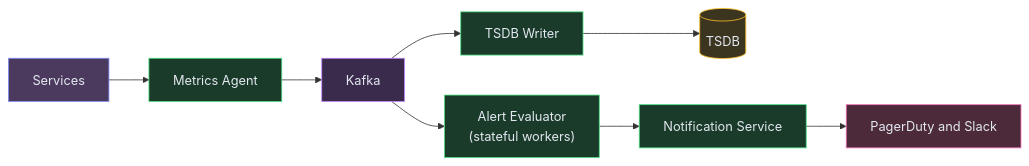
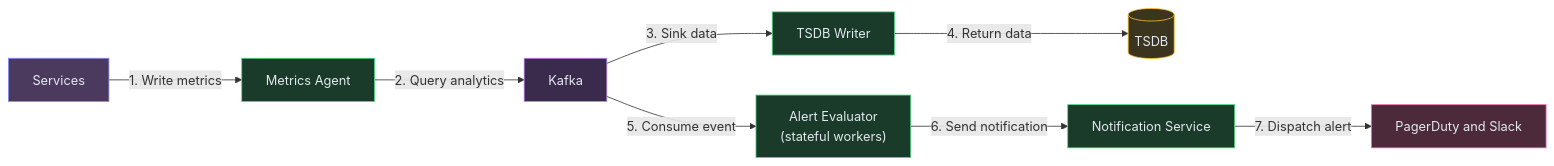
Before and after one commit to iluzn/HLD-Designs: the fourth of 7 diagrams in content/hld/MetricsMonitoring.md, drawn with Mermaid. The commit also changed other lines of this file and 27 other files, not shown here.

````diff
--- a/content/hld/MetricsMonitoring.md
+++ b/content/hld/MetricsMonitoring.md
@@ -261,25 +261,25 @@
 ```mermaid
 flowchart LR
     APPS["Services"]:::client
     AGENT["Metrics Agent"]:::service
     KAFKA["Kafka"]:::async
     WRITER["TSDB Writer"]:::service
     TSDB[("TSDB")]:::data
     ALERT["Alert Evaluator<br/>(stateful workers)"]:::service
     NOTIFY["Notification Service"]:::service
     PD["PagerDuty and Slack"]:::external
 
-    APPS --> AGENT
-    AGENT --> KAFKA
-    KAFKA --> WRITER
-    WRITER --> TSDB
-    KAFKA --> ALERT
-    ALERT --> NOTIFY
-    NOTIFY --> PD
+    APPS -->|"1. Write metrics"| AGENT
+    AGENT -->|"2. Query analytics"| KAFKA
+    KAFKA -->|"3. Sink data"| WRITER
+    WRITER -->|"4. Return data"| TSDB
+    KAFKA -->|"5. Consume event"| ALERT
+    ALERT -->|"6. Send notification"| NOTIFY
+    NOTIFY -->|"7. Dispatch alert"| PD
 
     classDef client fill:#4c3a5e,stroke:#818cf8,color:#e2e8f0
     classDef service fill:#1a3a2a,stroke:#4ade80,color:#e2e8f0
     classDef data fill:#3b3520,stroke:#fbbf24,color:#e2e8f0
     classDef async fill:#3a2a4c,stroke:#c084fc,color:#e2e8f0
     classDef external fill:#4c2a3a,stroke:#f472b6,color:#e2e8f0
 ```
````
